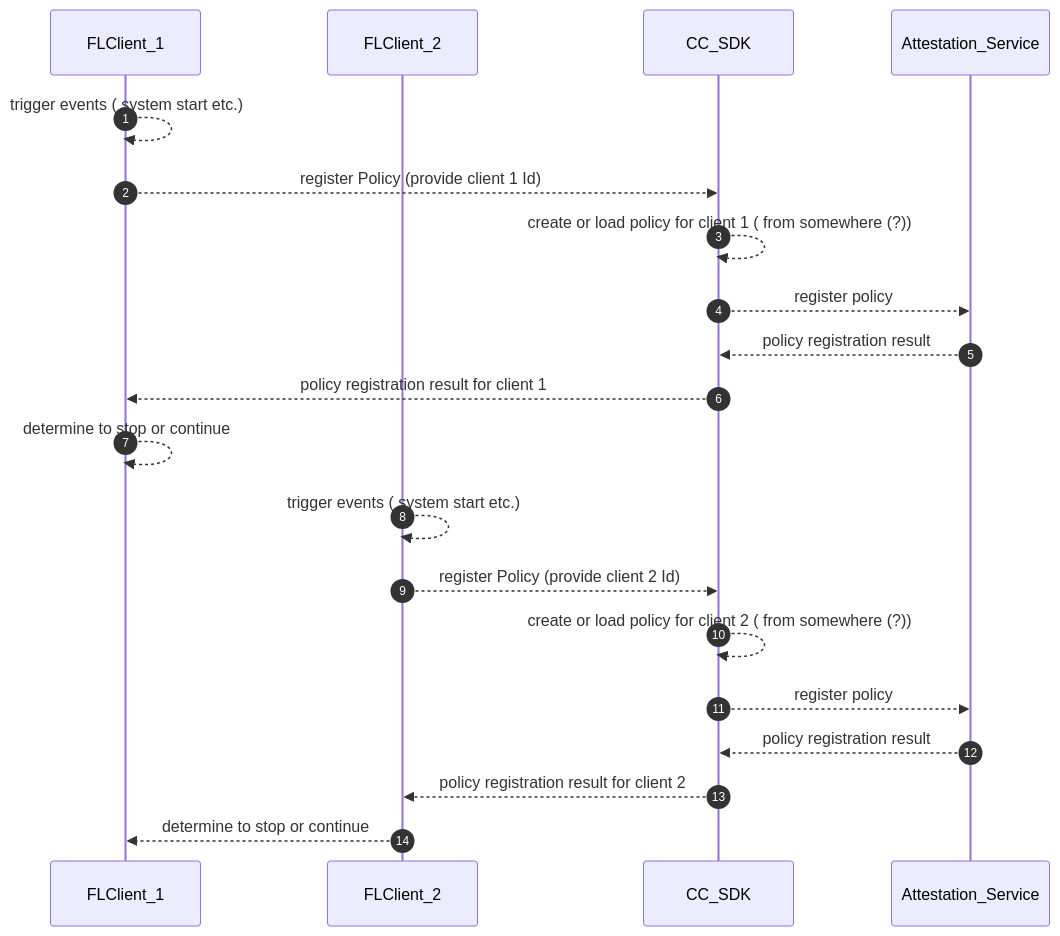
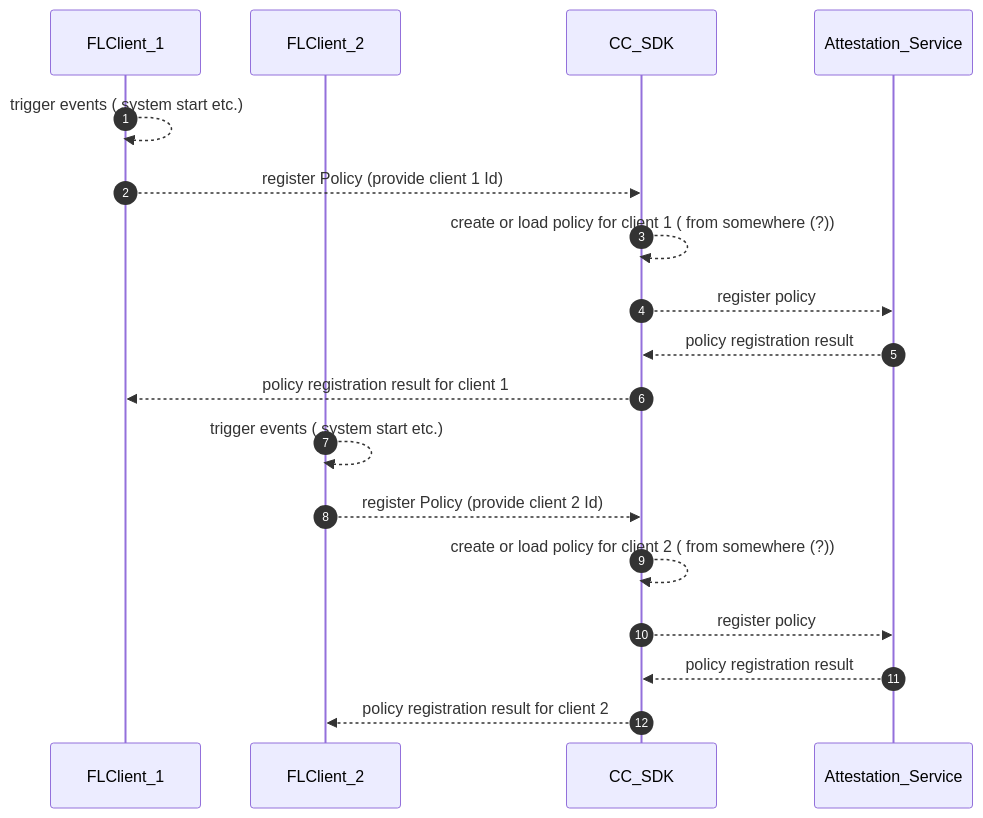
The first of 5 diagrams in docs/confidential_computing/detailed_cc_sequence_diagram.md (hitesh-ag1/NVFlare), drawn with Mermaid before and after one commit.

Commit message:
Sequence diagram for CC

````diff
--- a/docs/confidential_computing/detailed_cc_sequence_diagram.md
+++ b/docs/confidential_computing/detailed_cc_sequence_diagram.md
@@ -8,24 +8,24 @@
 ```mermaid
 sequenceDiagram
    autonumber
     participant FLClient_1
     participant FLClient_2
     participant CC_SDK
     participant Attestation_Service
 
     FLClient_1 -->> FLClient_1: trigger events ( system start etc.)
     FLClient_1 -->> CC_SDK: register Policy (provide client 1 Id) 
     CC_SDK -->> CC_SDK: create or load policy for client 1  ( from somewhere (?))
     CC_SDK -->> Attestation_Service: register policy
     Attestation_Service -->> CC_SDK: policy registration result
     CC_SDK -->> FLClient_1: policy registration result for client 1
-    FLClient_1 -->> FLClient_1: determine to stop or continue 
+    
 
     FLClient_2 -->> FLClient_2: trigger events ( system start etc.)
     FLClient_2 -->> CC_SDK: register Policy (provide client 2 Id)
     CC_SDK -->> CC_SDK: create or load policy for client 2  ( from somewhere (?))
     CC_SDK -->> Attestation_Service: register policy
     Attestation_Service -->> CC_SDK: policy registration result
     CC_SDK -->> FLClient_2: policy registration result for client 2
-    FLClient_2 -->> FLClient_1: determine to stop or continue 
+     
 ```
````
